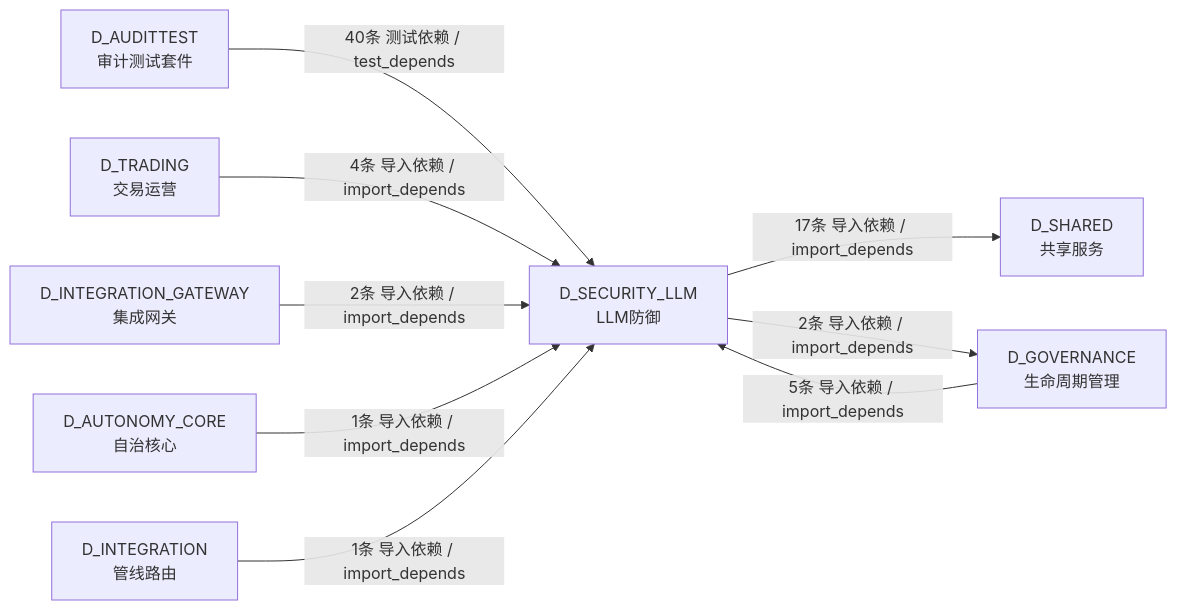
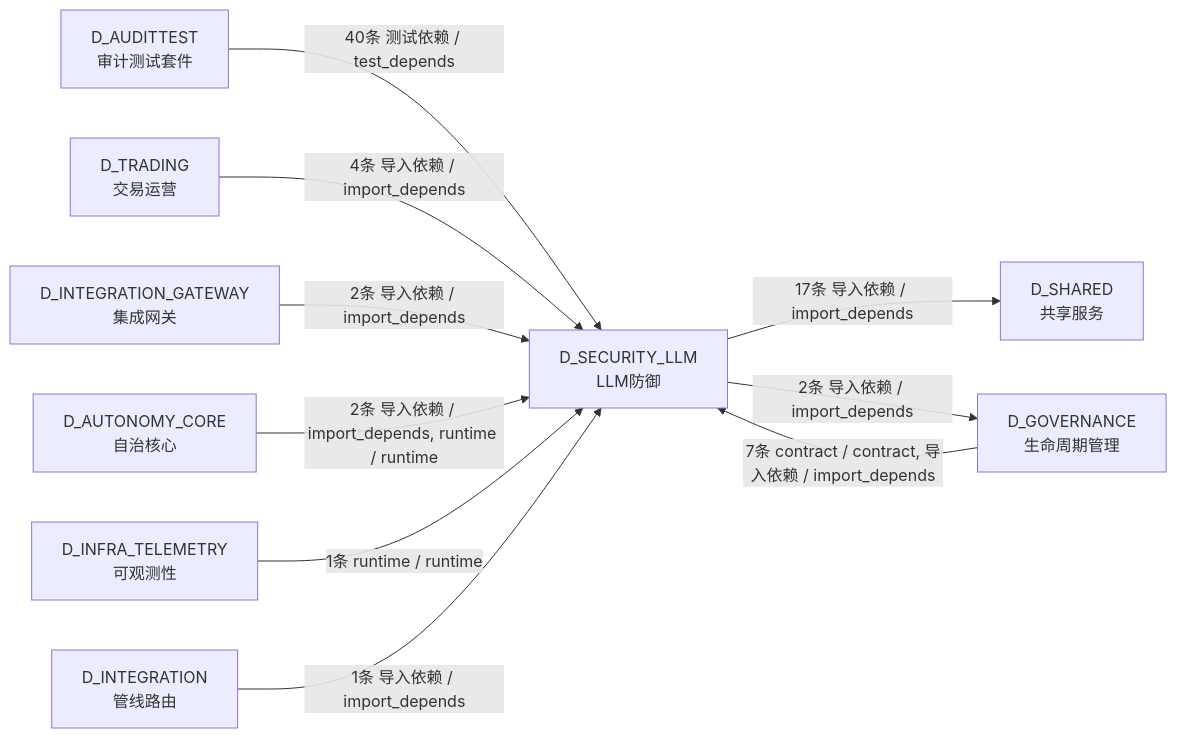
Before and after one commit to xuanFelixVan/ZephyrAlpha: the fifth of 5 diagrams in docs/02_enterprise_architecture/02_domain_architecture_docs/18_d_security_llm.md, drawn with Mermaid. The commit also changed other lines of this file and 100 other files, not shown here.

````diff
--- a/docs/02_enterprise_architecture/02_domain_architecture_docs/18_d_security_llm.md
+++ b/docs/02_enterprise_architecture/02_domain_architecture_docs/18_d_security_llm.md
@@ -516,19 +520,21 @@
 ```mermaid
 graph LR
     D_SECURITY_LLM["D_SECURITY_LLM<br/>LLM防御"]
     D_SHARED["D_SHARED<br/>共享服务"]
     D_GOVERNANCE["D_GOVERNANCE<br/>生命周期管理"]
     D_AUDITTEST["D_AUDITTEST<br/>审计测试套件"]
     D_TRADING["D_TRADING<br/>交易运营"]
     D_INTEGRATION_GATEWAY["D_INTEGRATION_GATEWAY<br/>集成网关"]
     D_AUTONOMY_CORE["D_AUTONOMY_CORE<br/>自治核心"]
+    D_INFRA_TELEMETRY["D_INFRA_TELEMETRY<br/>可观测性"]
     D_INTEGRATION["D_INTEGRATION<br/>管线路由"]
     D_SECURITY_LLM -->|17条 导入依赖 / import_depends| D_SHARED
     D_SECURITY_LLM -->|2条 导入依赖 / import_depends| D_GOVERNANCE
     D_AUDITTEST -->|40条 测试依赖 / test_depends| D_SECURITY_LLM
-    D_GOVERNANCE -->|5条 导入依赖 / import_depends| D_SECURITY_LLM
+    D_GOVERNANCE -->|7条 contract / contract, 导入依赖 / import_depends| D_SECURITY_LLM
     D_TRADING -->|4条 导入依赖 / import_depends| D_SECURITY_LLM
     D_INTEGRATION_GATEWAY -->|2条 导入依赖 / import_depends| D_SECURITY_LLM
-    D_AUTONOMY_CORE -->|1条 导入依赖 / import_depends| D_SECURITY_LLM
+    D_AUTONOMY_CORE -->|2条 导入依赖 / import_depends, runtime / runtime| D_SECURITY_LLM
+    D_INFRA_TELEMETRY -->|1条 runtime / runtime| D_SECURITY_LLM
     D_INTEGRATION -->|1条 导入依赖 / import_depends| D_SECURITY_LLM
 ```
````
